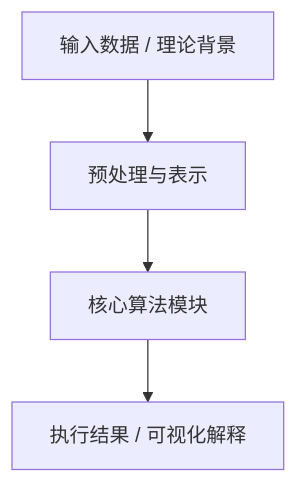
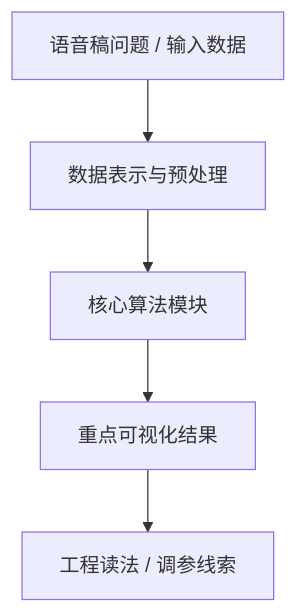
The first of 4 diagrams in docs/blog/_template/CASE_BLOG_TEMPLATE.md (EvihGraphics/AnimationTech-HTC), drawn with Mermaid before and after one commit. The commit also changed other lines of this file and 319 other files, not shown here.

````diff
--- a/docs/blog/_template/CASE_BLOG_TEMPLATE.md
+++ b/docs/blog/_template/CASE_BLOG_TEMPLATE.md
@@ -27,6 +28,7 @@
 ```mermaid
 flowchart TD
-    A[输入数据 / 理论背景] --> B[预处理与表示]
+    A[语音稿问题 / 输入数据] --> B[数据表示与预处理]
     B --> C[核心算法模块]
-    C --> D[执行结果 / 可视化解释]
+    C --> D[重点可视化结果]
+    D --> E[工程读法 / 调参线索]
 ```
````
